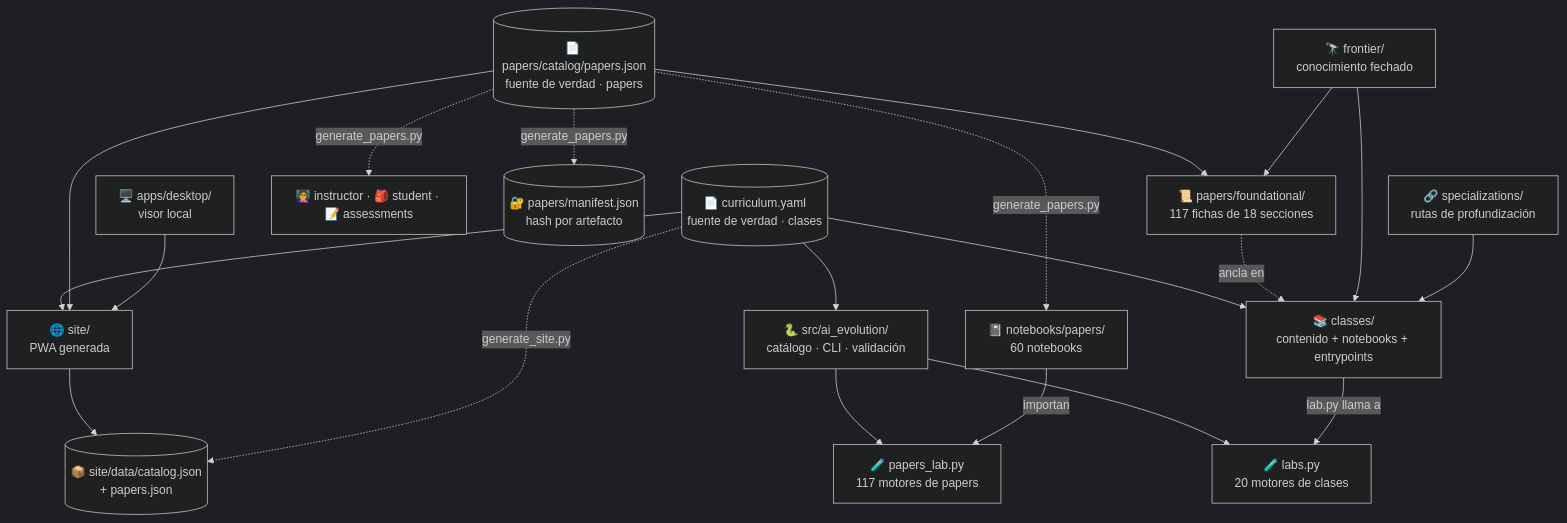
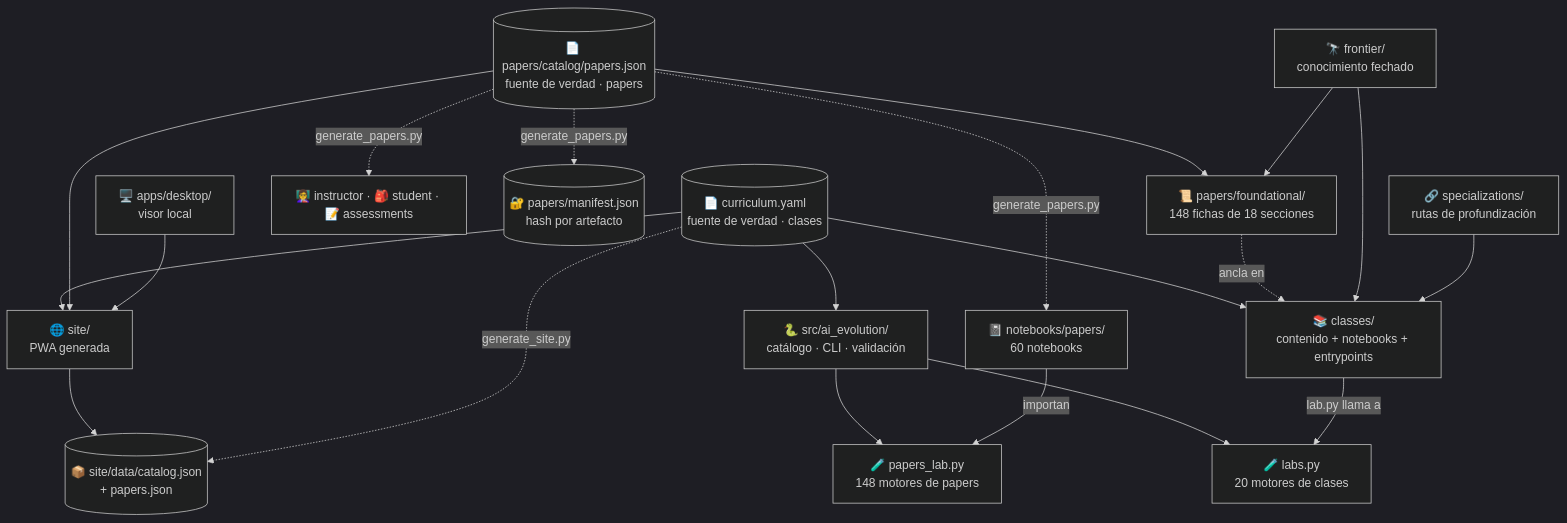
Before and after one commit to vladimiracunadev-create/artificial-intelligence-evolution-program: the diagram in docs/ARCHITECTURE.md, drawn with Mermaid (dark theme). The commit also changed other lines of this file and 373 other files, not shown here.

````diff
--- a/docs/ARCHITECTURE.md
+++ b/docs/ARCHITECTURE.md
@@ -9,24 +9,24 @@
 ```mermaid
 flowchart TD
     CUR[("📄 curriculum.yaml<br/>fuente de verdad · clases")] --> CLASSES["📚 classes/<br/>contenido + notebooks + entrypoints"]
     CUR --> SRC["🐍 src/ai_evolution/<br/>catálogo · CLI · validación"]
     CUR --> SITE["🌐 site/<br/>PWA generada"]
     SRC --> LABS["🧪 labs.py<br/>20 motores de clases"]
     CLASSES -->|"lab.py llama a"| LABS
 
-    PAP[("📄 papers/catalog/papers.json<br/>fuente de verdad · papers")] --> FICHAS["📜 papers/foundational/<br/>117 fichas de 18 secciones"]
+    PAP[("📄 papers/catalog/papers.json<br/>fuente de verdad · papers")] --> FICHAS["📜 papers/foundational/<br/>148 fichas de 18 secciones"]
     PAP -.->|"generate_papers.py"| NB["📓 notebooks/papers/<br/>60 notebooks"]
     PAP -.->|"generate_papers.py"| AULA["👩‍🏫 instructor · 🎒 student · 📝 assessments"]
     PAP -.->|"generate_papers.py"| MAN[("🔐 papers/manifest.json<br/>hash por artefacto")]
     PAP --> SITE
-    SRC --> PLABS["🧪 papers_lab.py<br/>117 motores de papers"]
+    SRC --> PLABS["🧪 papers_lab.py<br/>148 motores de papers"]
     NB -->|"importan"| PLABS
     FICHAS -.->|"ancla en"| CLASSES
 
     SITE --> CATALOG[("📦 site/data/catalog.json<br/>+ papers.json")]
     CUR -.->|"generate_site.py"| CATALOG
     DESK["🖥️ apps/desktop/<br/>visor local"] --> SITE
     FRONT["🔭 frontier/<br/>conocimiento fechado"] --> CLASSES
     FRONT --> FICHAS
     SPEC["🔗 specializations/<br/>rutas de profundización"] --> CLASSES
 ```
````
